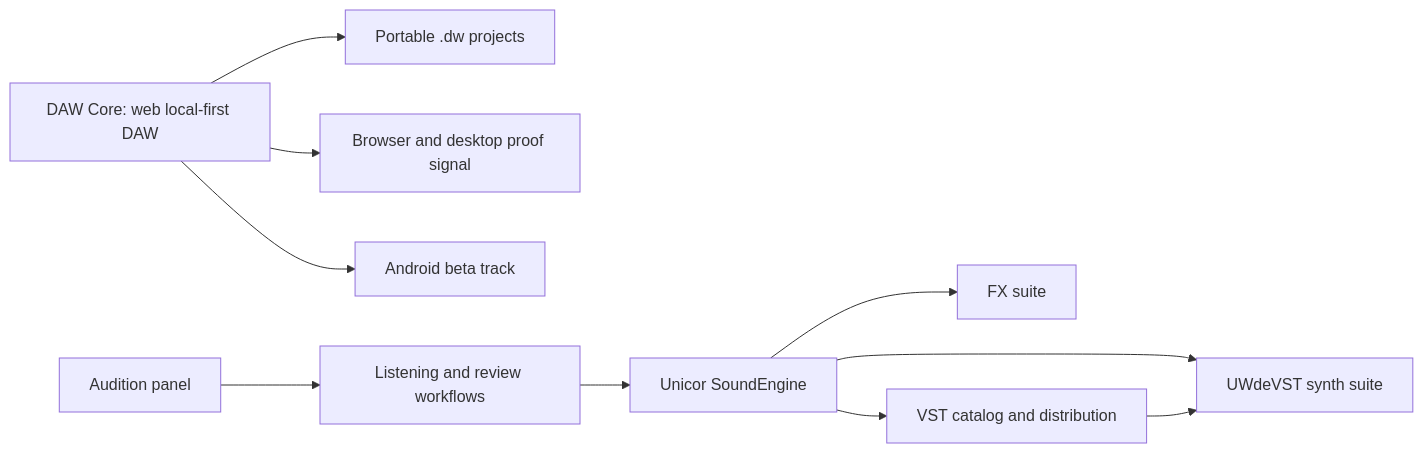
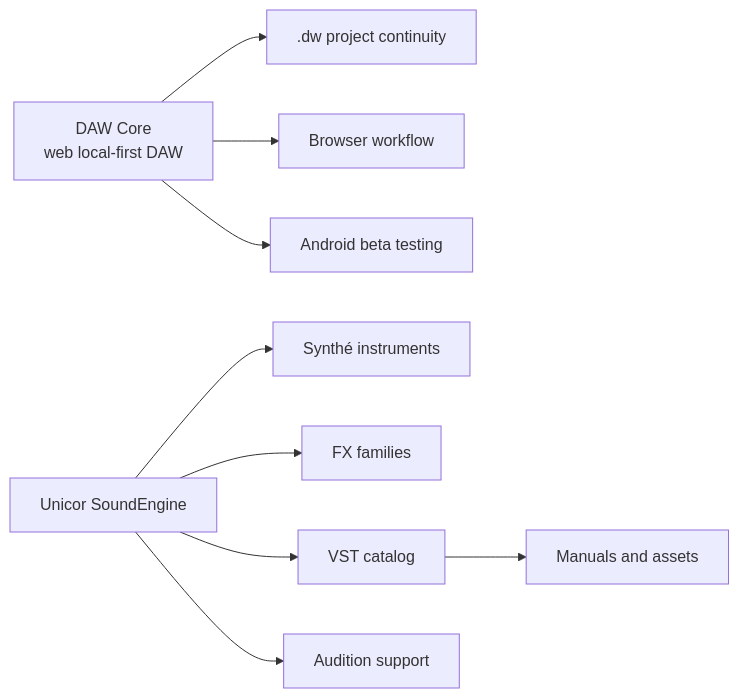
One commit to charli-dev420/presentation-projet-music changed the first of 2 diagrams in docs/project-map.md. Above: the diagram before and after it, drawn with Mermaid. The commit also changed other lines of this file and 28 other files, not shown here.

````diff
--- a/docs/project-map.md
+++ b/docs/project-map.md
@@ -23,12 +29,11 @@
 ```mermaid
 flowchart LR
-    A[DAW Core: web local-first DAW] --> B[Portable .dw projects]
-    A --> C[Browser and desktop proof signal]
-    A --> D[Android beta track]
-    E[Unicor SoundEngine] --> F[UWdeVST synth suite]
-    E --> G[FX suite]
-    E --> H[VST catalog and distribution]
-    I[Audition panel] --> J[Listening and review workflows]
-    H --> F
-    J --> E
+    A["DAW Core<br/>web local-first DAW"] --> B[".dw project continuity"]
+    A --> C["Browser workflow"]
+    A --> D["Android beta testing"]
+    E["Unicor SoundEngine"] --> F["Synthé instruments"]
+    E --> G["FX families"]
+    E --> H["VST catalog"]
+    E --> I["Audition support"]
+    H --> J["Manuals and assets"]
 ```
````
